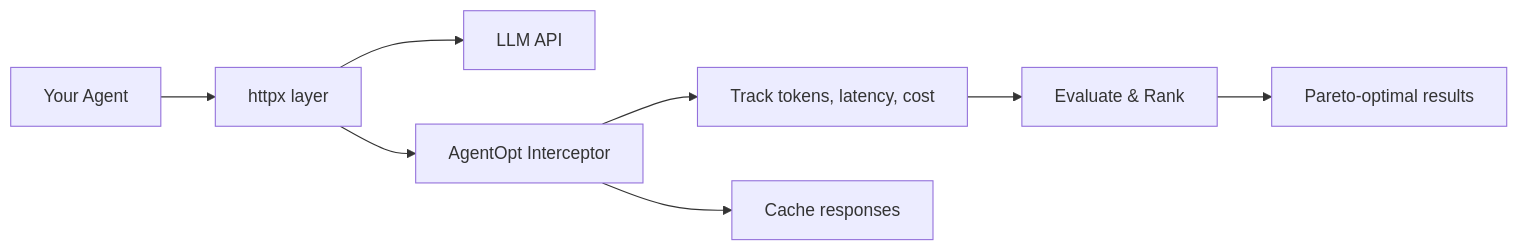
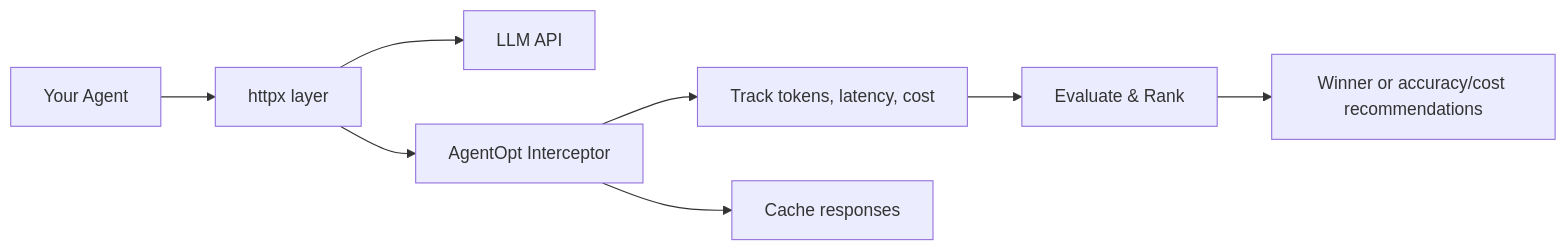
Before and after one commit to AgentOptimizer/agentopt: the diagram in docs/index.md, drawn with Mermaid. The commit also changed other lines of this file and 51 other files, not shown here.

````diff
--- a/docs/index.md
+++ b/docs/index.md
@@ -143,10 +143,10 @@
 ```mermaid
 graph LR
     A["Your Agent"] --> B["httpx layer"]
     B --> C["LLM API"]
     B --> D["AgentOpt Interceptor"]
     D --> E["Track tokens, latency, cost"]
     D --> F["Cache responses"]
     E --> G["Evaluate & Rank"]
-    G --> H["Pareto-optimal results"]
+    G --> H["Winner or accuracy/cost recommendations"]
 ```
````
